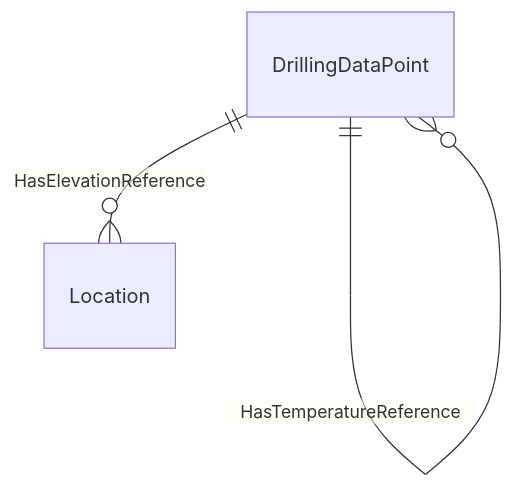
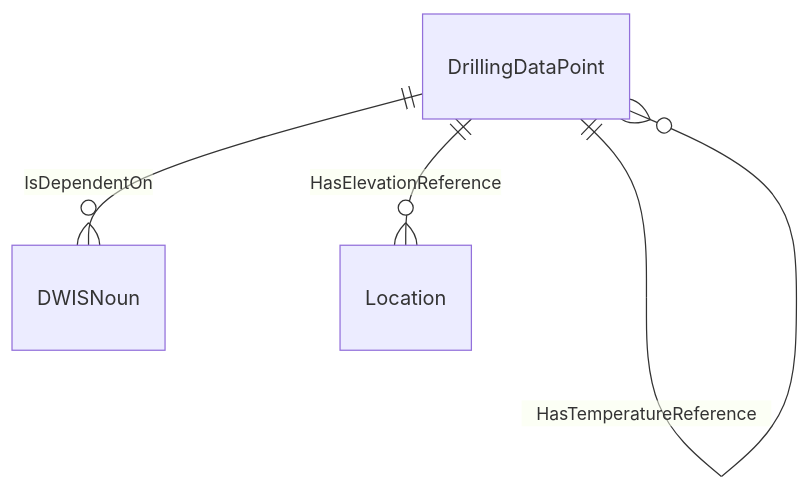
One commit to D-WIS/DDHub-Semantic-Interoperability changed the second of 6 diagrams in docs/vocabulary_development/auto-generated/md/definition-files/DataDependencies.md. Above: the diagram before and after it, drawn with Mermaid. The commit also changed other lines of this file and 9 other files, not shown here.

````diff
--- a/docs/vocabulary_development/auto-generated/md/definition-files/DataDependencies.md
+++ b/docs/vocabulary_development/auto-generated/md/definition-files/DataDependencies.md
@@ -18,7 +18,7 @@
 ```mermaid
 erDiagram
-DrillingDataPoint ||--o{ DrillingDataPoint : IsDependentOn
+DrillingDataPoint ||--o{ DWISNoun : IsDependentOn
 DrillingDataPoint ||--o{ DrillingDataPoint : HasPressureReference
 DrillingDataPoint ||--o{ DrillingDataPoint : HasTemperatureReference
 DrillingDataPoint ||--o{ Location : HasElevationReference
 ```
````
